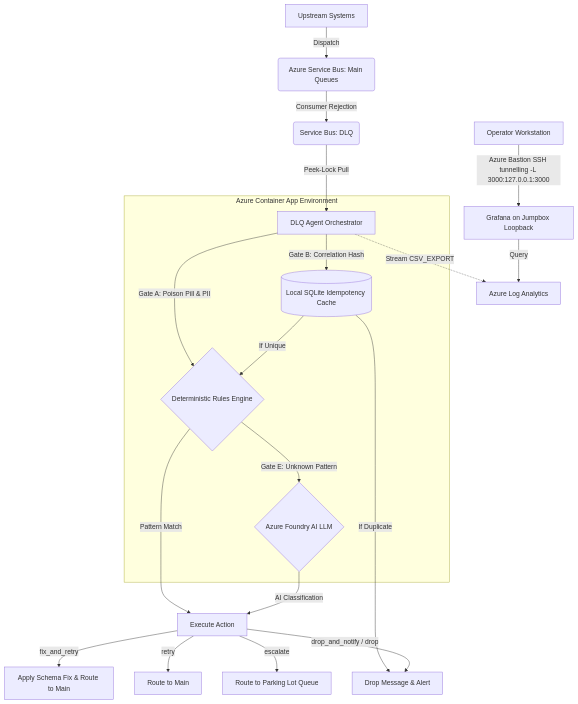
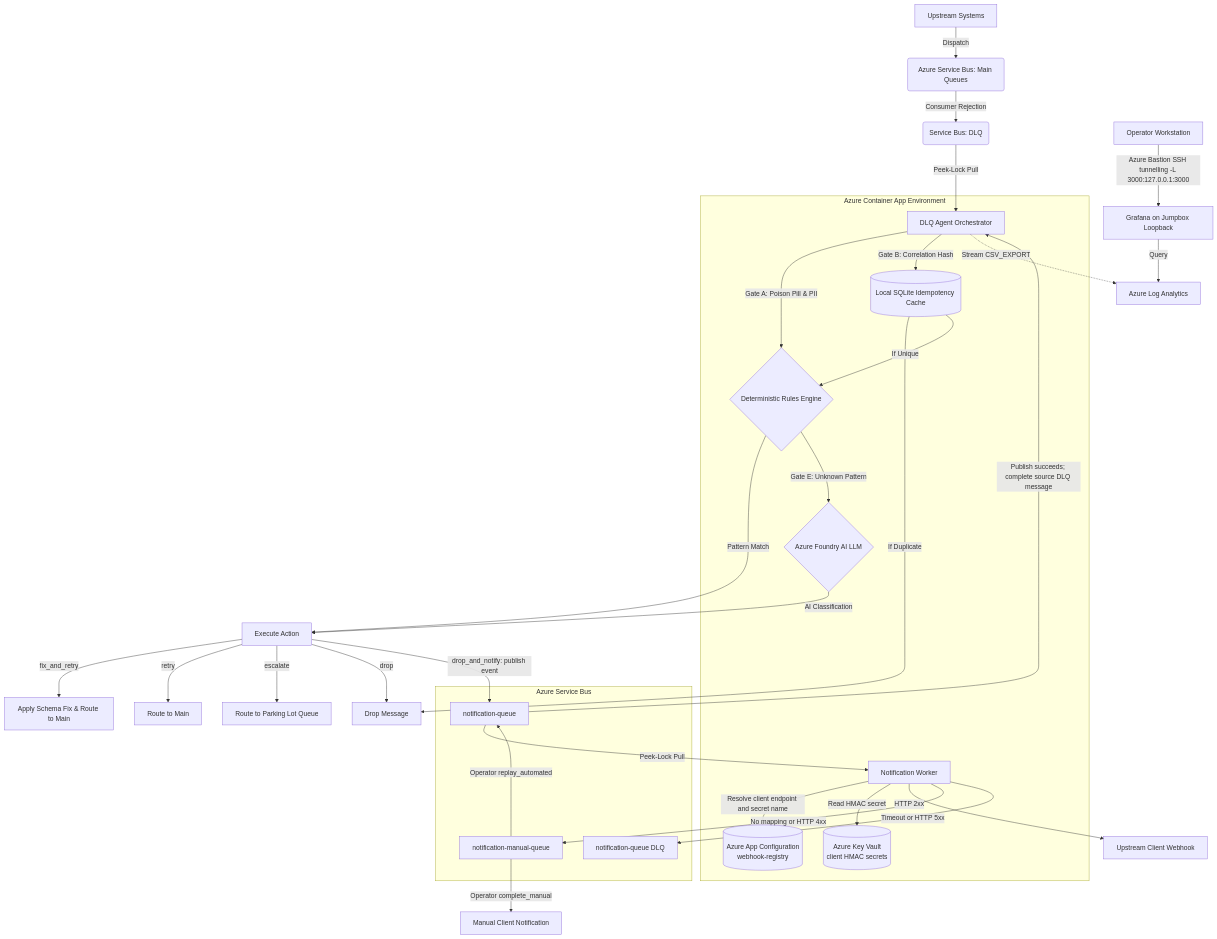
One commit to SC3-Consulting/dlq-msg-router changed the diagram in README.md. Above: the diagram before and after it, drawn with Mermaid. The commit also changed other lines of this file and 54 other files, not shown here.

````diff
--- a/README.md
+++ b/README.md
@@ -82,32 +98,51 @@
 ```mermaid
 graph TD
     A[Upstream Systems] -->|Dispatch| B(Azure Service Bus: Main Queues)
     B -->|Consumer Rejection| C(Service Bus: DLQ)
     
     subgraph Azure Container App Environment
     D[DLQ Agent Orchestrator]
+    W[Notification Worker]
     E[(Local SQLite Idempotency Cache)]
     F{Deterministic Rules Engine}
     G{Azure Foundry AI LLM}
+    AC[(Azure App Configuration<br/>webhook-registry)]
+    KV[(Azure Key Vault<br/>client HMAC secrets)]
+    end
+
+    subgraph Azure Service Bus
+    Q[notification-queue]
+    MQ[notification-manual-queue]
+    QDLQ[notification-queue DLQ]
     end
 
     C -->|Peek-Lock Pull| D
     D -->|Gate A: Poison Pill & PII| F
     D -->|Gate B: Correlation Hash| E
-    E -->|If Duplicate| H[Drop Message & Alert]
+    E -->|If Duplicate| H[Drop Message]
     E -->|If Unique| F
     
     F -->|Pattern Match| I[Execute Action]
     F -->|Gate E: Unknown Pattern| G
     G -->|AI Classification| I
     
     I -->|fix_and_retry| J[Apply Schema Fix & Route to Main]
     I -->|retry| K[Route to Main]
     I -->|escalate| L[Route to Parking Lot Queue]
-    I -->|drop_and_notify / drop| H
+    I -->|drop| H
+    I -->|drop_and_notify: publish event| Q
+    Q -->|Publish succeeds; complete source DLQ message| D
+    Q -->|Peek-Lock Pull| W
+    W -->|Resolve client endpoint and secret name| AC
+    W -->|Read HMAC secret| KV
+    W -->|HTTP 2xx| U[Upstream Client Webhook]
+    W -->|No mapping or HTTP 4xx| MQ
+    W -->|Timeout or HTTP 5xx| QDLQ
+    MQ -->|Operator complete_manual| R[Manual Client Notification]
+    MQ -->|Operator replay_automated| Q
     
     D -.->|Stream CSV_EXPORT| M[Azure Log Analytics]
     N[Grafana on Jumpbox Loopback] -->|Query| M
     O[Operator Workstation] -->|Azure Bastion SSH tunnelling -L 3000:127.0.0.1:3000| N
 
 ```
````
